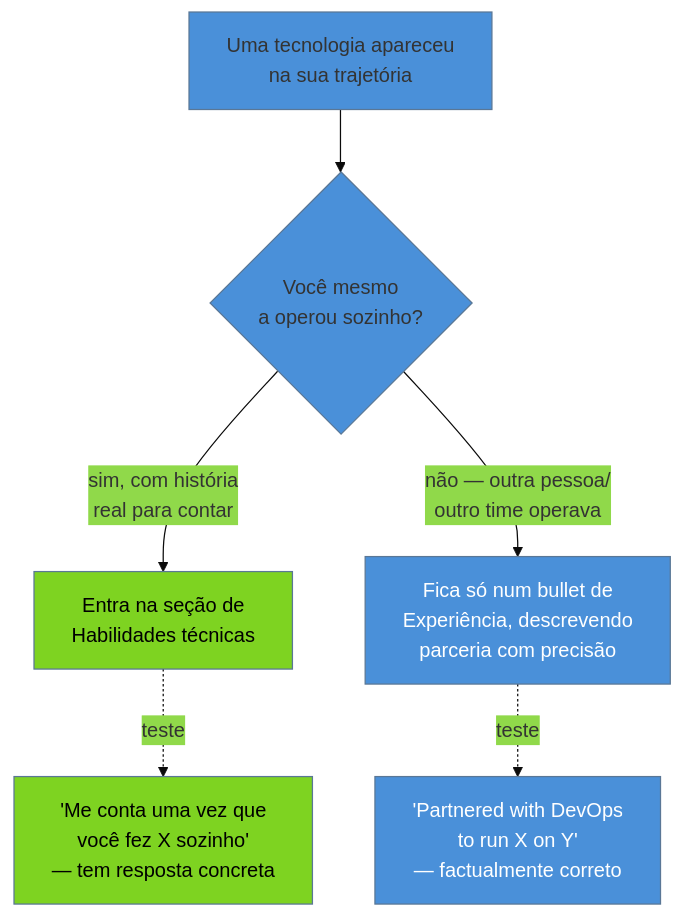
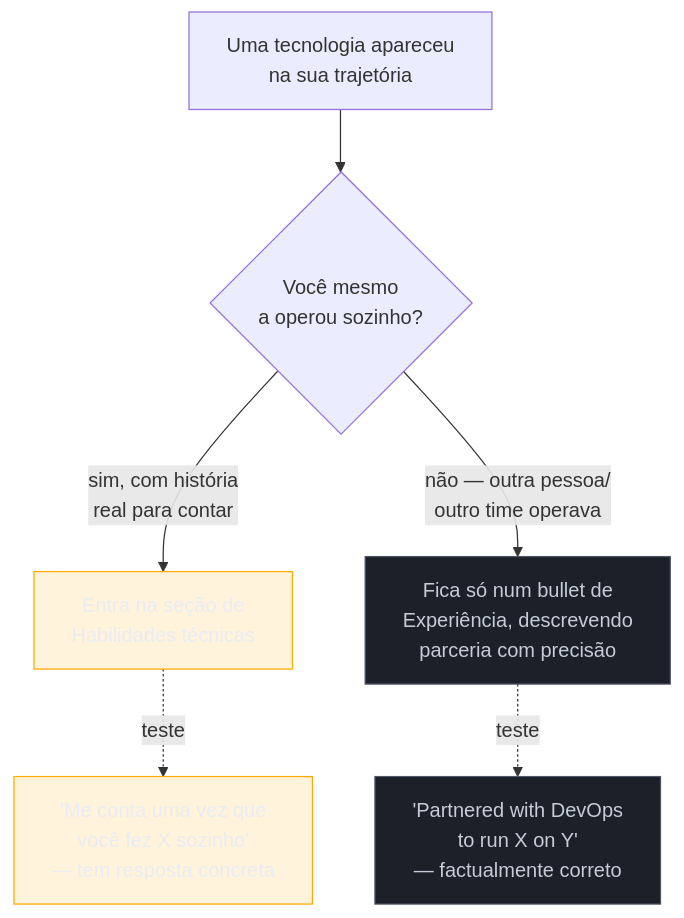
One commit to josenaldo/codex-technomanticus changed the second of 2 diagrams in 03-Dominios/Carreira/Currículo/09 - Habilidades técnicas.md. Above: the diagram before and after it, drawn with Mermaid. The commit also changed other lines of this file and 1181 other files, not shown here.

First line of the commit message:
fix(diagramas): paleta do sistema no lugar de cor cravada no markdown

````diff
--- a/03-Dominios/Carreira/Currículo/09 - Habilidades técnicas.md
+++ b/03-Dominios/Carreira/Currículo/09 - Habilidades técnicas.md
@@ -139,16 +140,17 @@
 ```mermaid
-%%{init: {"theme": "base", "themeVariables": {"primaryColor": "#4A90D9"}}}%%
 graph TD
+    classDef destaque fill:#FFAA0024,stroke:#FFAA00,color:#E9ECF2
+    classDef neutro fill:#1B2029,stroke:#4E5666,color:#C6CCD8
     T["Uma tecnologia apareceu<br/>na sua trajetória"] --> Q{"Você mesmo<br/>a operou sozinho?"}
 
     Q -->|"sim, com história<br/>real para contar"| SKILL["Entra na seção de<br/>Habilidades técnicas"]
     Q -->|"não — outra pessoa/<br/>outro time operava"| BULLET["Fica só num bullet de<br/>Experiência, descrevendo<br/>parceria com precisão"]
 
     SKILL -.teste.-> TESTE1["'Me conta uma vez que<br/>você fez X sozinho'<br/>— tem resposta concreta"]
     BULLET -.teste.-> TESTE2["'Partnered with DevOps<br/>to run X on Y'<br/>— factualmente correto"]
 
-    style SKILL fill:#7ED321,color:#000
-    style BULLET fill:#4A90D9,color:#fff
-    style TESTE1 fill:#7ED321,color:#000
-    style TESTE2 fill:#4A90D9,color:#fff
+    class SKILL destaque
+    class BULLET neutro
+    class TESTE1 destaque
+    class TESTE2 neutro
 ```
````
